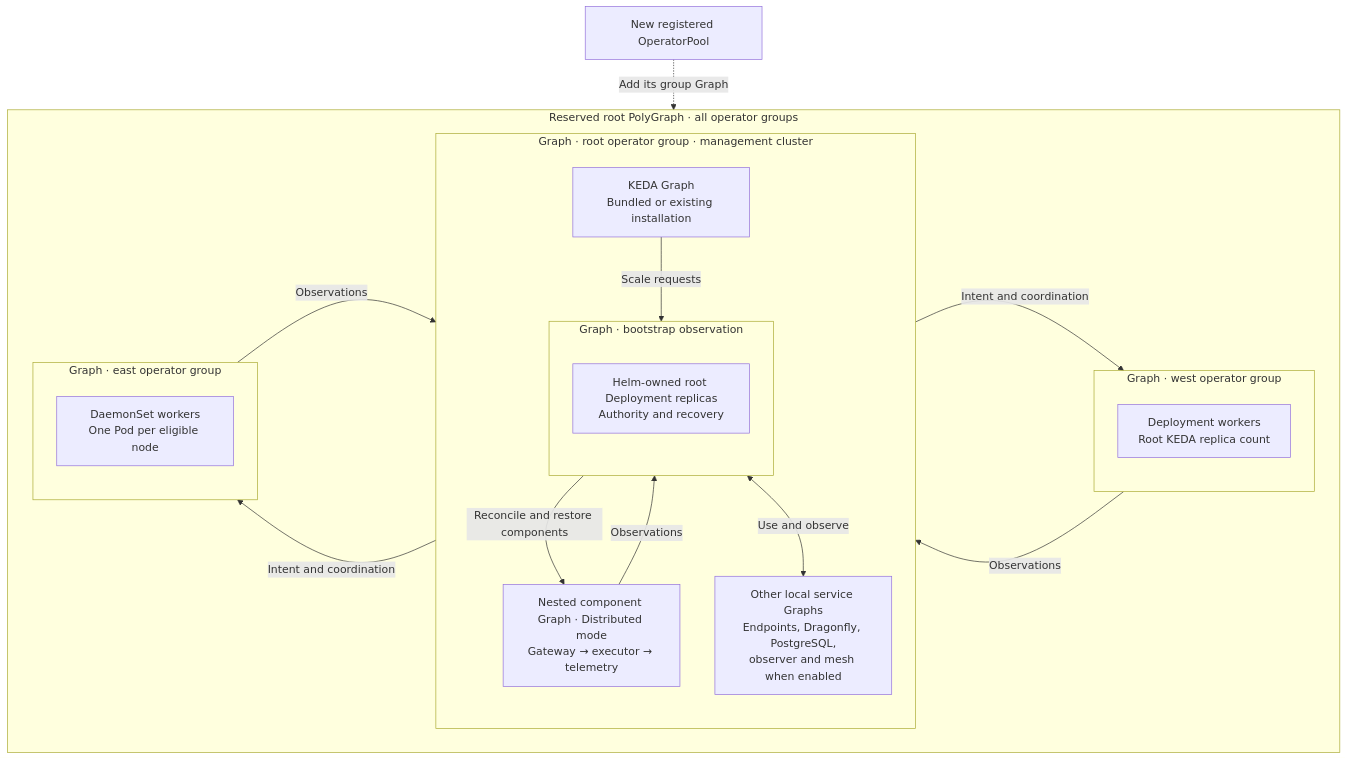
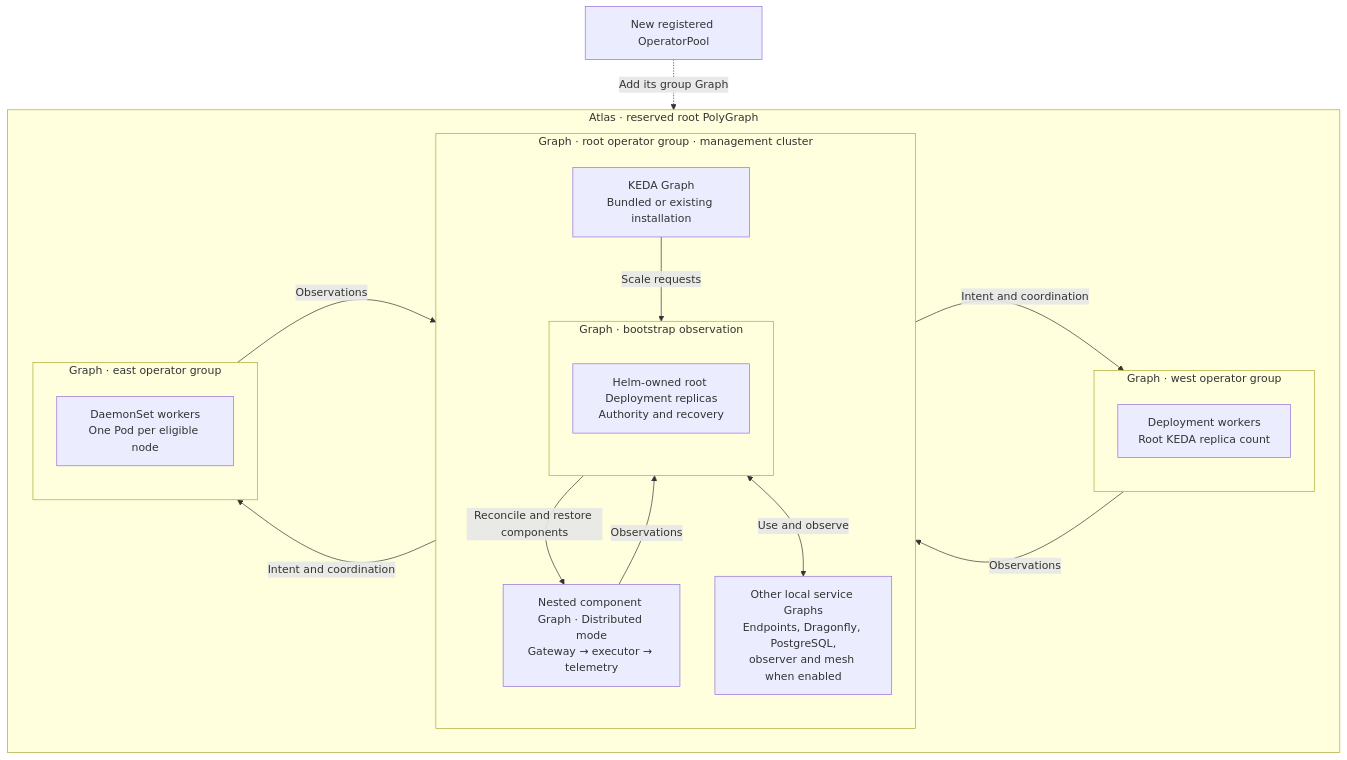
Before and after one commit to astrivant/polyad: the third of 4 diagrams in docs/deployment/root-control-plane.md, drawn with Mermaid. The commit also changed other lines of this file and 62 other files, not shown here.

Commit message:
Hierarchy of access modes for activations based on parent operator

````diff
--- a/docs/deployment/root-control-plane.md
+++ b/docs/deployment/root-control-plane.md
@@ -412,28 +416,28 @@
 ```mermaid
 flowchart TB
-    subgraph hierarchy["Reserved root PolyGraph · all operator groups"]
+    subgraph hierarchy["Atlas · reserved root PolyGraph"]
         subgraph management["Graph · root operator group · management cluster"]
             subgraph bootstrap["Graph · bootstrap observation"]
                 root["Helm-owned root Deployment replicas<br/>Authority and recovery"]
             end
             components["Nested component Graph · Distributed mode<br/>Gateway → executor → telemetry"]
             bootstrap -->|"Reconcile and restore components"| components
             components -->|"Observations"| bootstrap
             keda["KEDA Graph<br/>Bundled or existing installation"]
             services["Other local service Graphs<br/>Endpoints, Dragonfly, PostgreSQL,<br/>observer and mesh when enabled"]
             keda -->|"Scale requests"| bootstrap
             bootstrap <-->|"Use and observe"| services
         end
         subgraph west["Graph · west operator group"]
             deployment["Deployment workers<br/>Root KEDA replica count"]
         end
         subgraph east["Graph · east operator group"]
             daemonset["DaemonSet workers<br/>One Pod per eligible node"]
         end
         management -->|"Intent and coordination"| west
         west -->|"Observations"| management
         management -->|"Intent and coordination"| east
         east -->|"Observations"| management
     end
     pool["New registered OperatorPool"] -. "Add its group Graph" .-> hierarchy
 ```
````
